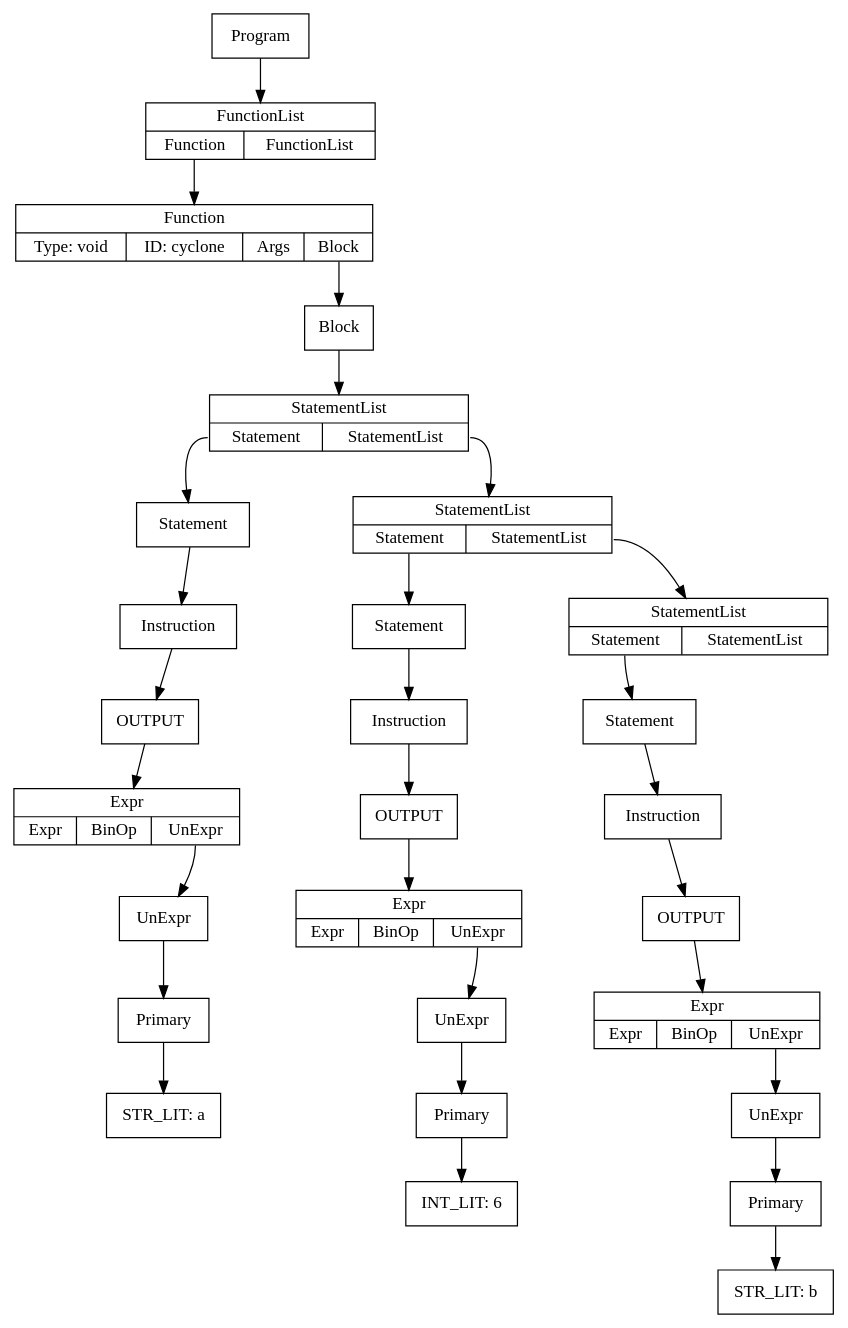
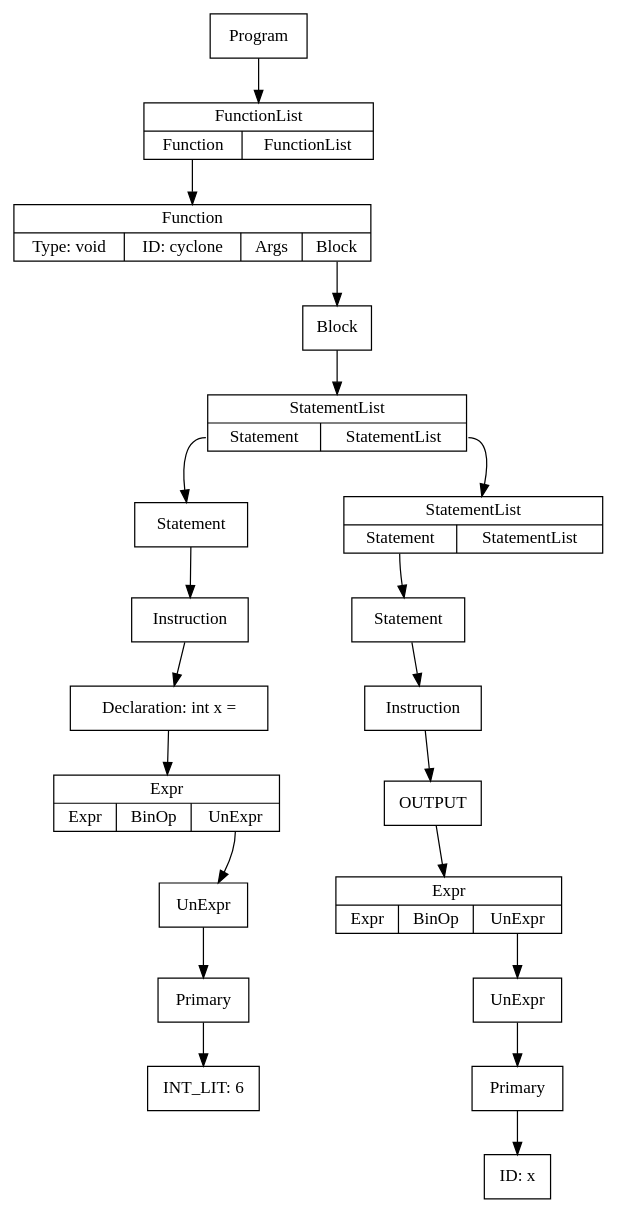
The diagram in InfoFiles/comp2.dot (s-rom/CycloneCompiler), drawn with Graphviz before and after one commit. The commit also changed 12 other files, not shown here.

```diff
--- a/InfoFiles/comp2.dot
+++ b/InfoFiles/comp2.dot
@@ -1,60 +1,44 @@
 digraph ccTree {
 graph[nodesep="1"]
 	node [shape=box]
 	node [shape=box]
 	n0 [label = "Primary"]
-	n1 [label = "STR_LIT: a"]
+	n1 [label = "INT_LIT: 6"]
 	n0-> n1
 	n2 [label = "UnExpr"]
 	n2-> n0
 	n3 [label = "{Expr | {<e>Expr | <bo>BinOp | <ue>UnExpr}}", shape="record"]
 	n3:ue-> n2
-	n4 [label = "Instruction"]
-	n5 [label = "OUTPUT"]
-	n4-> n5
-	n5-> n3
+	n4 [label = "Declaration: int x = "]
+	n4-> n3
+	n5 [label = "Instruction"]
+	n5-> n4
 	n6 [label = "Statement"]
-	n6-> n4
+	n6-> n5
 	n7 [label = "Primary"]
-	n8 [label = "INT_LIT: 6"]
+	n8 [label = "ID: x"]
 	n7-> n8
 	n9 [label = "UnExpr"]
 	n9-> n7
 	n10 [label = "{Expr | {<e>Expr | <bo>BinOp | <ue>UnExpr}}", shape="record"]
 	n10:ue-> n9
 	n11 [label = "Instruction"]
 	n12 [label = "OUTPUT"]
 	n11-> n12
 	n12-> n10
 	n13 [label = "Statement"]
 	n13-> n11
-	n14 [label = "Primary"]
-	n15 [label = "STR_LIT: b"]
-	n14-> n15
-	n16 [label = "UnExpr"]
-	n16-> n14
-	n17 [label = "{Expr | {<e>Expr | <bo>BinOp | <ue>UnExpr}}", shape="record"]
-	n17:ue-> n16
-	n18 [label = "Instruction"]
-	n19 [label = "OUTPUT"]
-	n18-> n19
-	n19-> n17
-	n20 [label = "Statement"]
-	n20-> n18
-	n21 [label = "{StatementList | {<s>Statement | <sl>StatementList}}", shape="record"]
-	n21:s-> n20
-	n22 [label = "{StatementList | {<s>Statement | <sl>StatementList}}", shape="record"]
-	n22:s-> n13
-	n22:sl-> n21
-	n23 [label = "{StatementList | {<s>Statement | <sl>StatementList}}", shape="record"]
-	n23:s-> n6
-	n23:sl-> n22
-	n24 [label = "Block"]
-	n24-> n23
-	n25 [label = "{Function | {Type: void | ID: cyclone | <a>Args | <b>Block}}", shape="record"]
-	n25:b-> n24
-	n26 [label = "{FunctionList | {<f> Function | <fl> FunctionList}}", shape="record"]
-	n26:f-> n25
-	n27 [label = "Program"]
-	n27-> n26
+	n14 [label = "{StatementList | {<s>Statement | <sl>StatementList}}", shape="record"]
+	n14:s-> n13
+	n15 [label = "{StatementList | {<s>Statement | <sl>StatementList}}", shape="record"]
+	n15:s-> n6
+	n15:sl-> n14
+	n16 [label = "Block"]
+	n16-> n15
+	n17 [label = "{Function | {Type: void | ID: cyclone | <a>Args | <b>Block}}", shape="record"]
+	n17:b-> n16
+	n18 [label = "{FunctionList | {<f> Function | <fl> FunctionList}}", shape="record"]
+	n18:f-> n17
+	n19 [label = "Program"]
+	n19-> n18
 }
```
